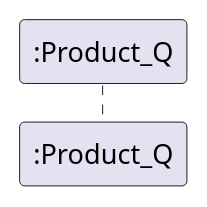
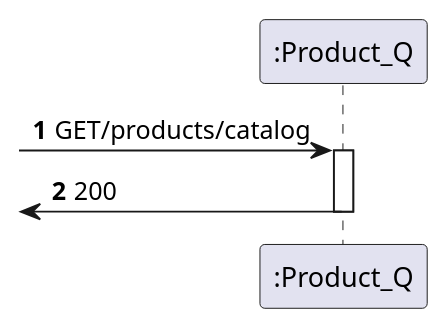
Before and after one commit to 1201441BrunoPereira/Trabalho2Products: the diagram in Product1_Q/Diagramas/N2/GetCatalog.puml, drawn with PlantUML. The commit also changed 6 other files, not shown here.

Commit message:
Diagramas Trabalho 3

```diff
--- a/Product1_Q/Diagramas/N2/GetCatalog.puml
+++ b/Product1_Q/Diagramas/N2/GetCatalog.puml
@@ -1,9 +1,13 @@
 @startuml
 'https://plantuml.com/sequence-diagram
 
-autoactivate on
 autonumber
 
 participant ":Product_Q" as pro
 
+-> pro: GET/products/catalog
+activate pro
+[<- pro: 200
+deactivate pro
+
 @enduml
```
